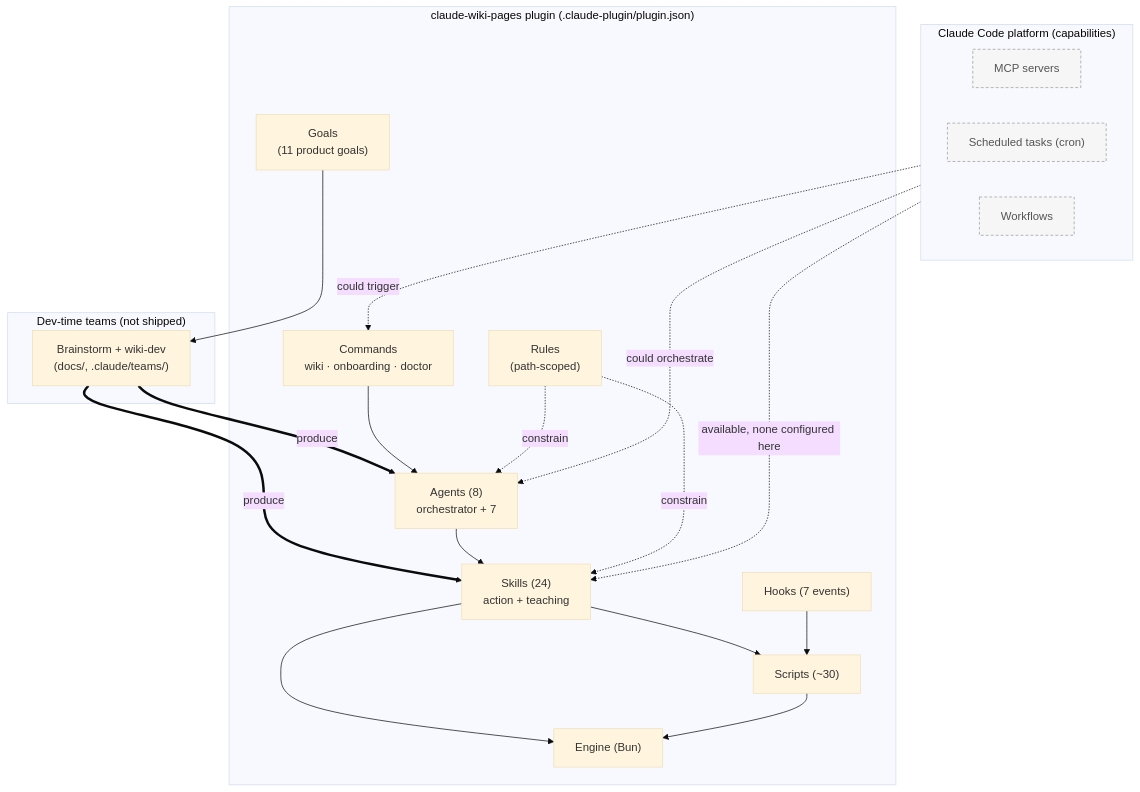
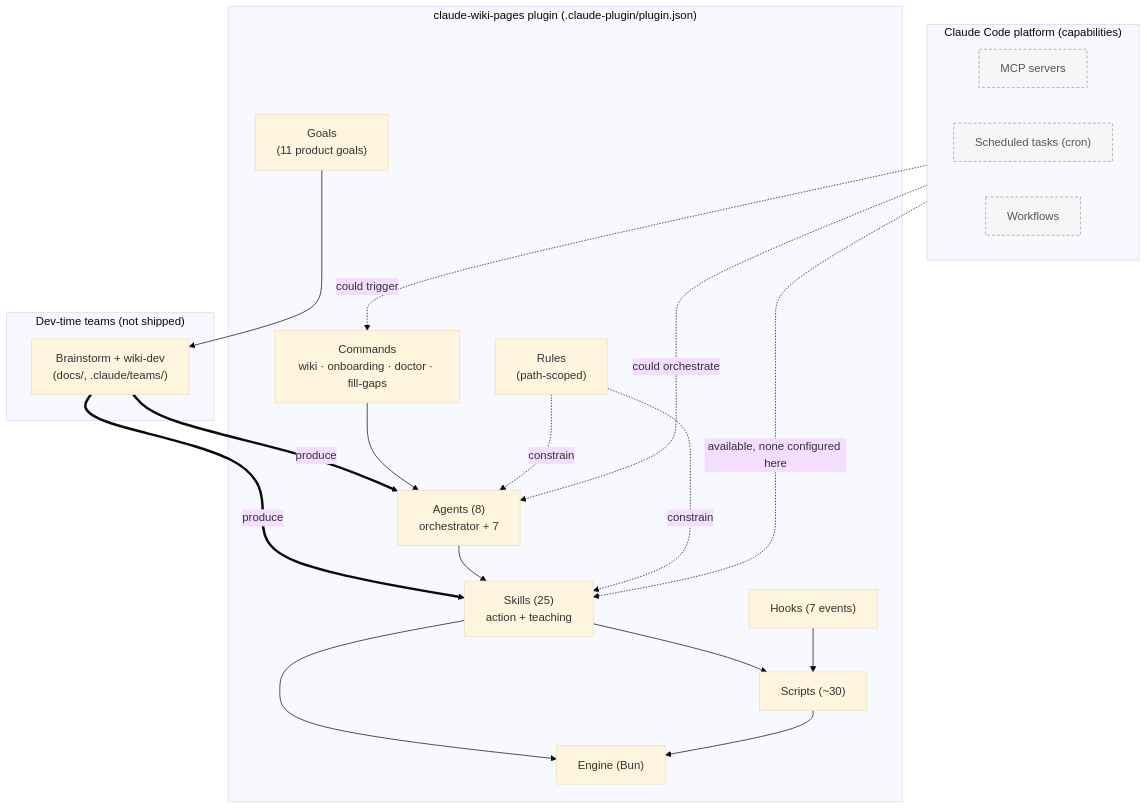
The diagram in docs/design/06-feature-relations.md (odere-pro/claude-wiki-pages-plugin), drawn with Mermaid (base theme) before and after one commit. The commit also changed other lines of this file and 6 other files, not shown here.

````diff
--- a/docs/design/06-feature-relations.md
+++ b/docs/design/06-feature-relations.md
@@ -11,43 +11,43 @@
 ```mermaid
 graph TB
     subgraph platform["Claude Code platform (capabilities)"]
         direction LR
         mcp["MCP servers"]
         cron["Scheduled tasks (cron)"]
         wf["Workflows"]
     end
 
     subgraph plugin["claude-wiki-pages plugin (.claude-plugin/plugin.json)"]
         goals["Goals<br/>(11 product goals)"]
-        cmds["Commands<br/>wiki · onboarding · doctor"]
+        cmds["Commands<br/>wiki · onboarding · doctor · fill-gaps"]
         agents["Agents (8)<br/>orchestrator + 7"]
-        skills["Skills (24)<br/>action + teaching"]
+        skills["Skills (25)<br/>action + teaching"]
         hooks["Hooks (7 events)"]
         scripts["Scripts (~30)"]
         rules["Rules<br/>(path-scoped)"]
         engine["Engine (Bun)"]
     end
 
     subgraph dev["Dev-time teams (not shipped)"]
         teams["Brainstorm + wiki-dev<br/>(docs/, .claude/teams/)"]
     end
 
     goals --> teams
     teams ==>|produce| agents
     teams ==>|produce| skills
     cmds --> agents
     agents --> skills
     skills --> engine
     skills --> scripts
     hooks --> scripts
     rules -. constrain .-> agents
     rules -. constrain .-> skills
     scripts --> engine
 
     cron -. could trigger .-> cmds
     wf -. could orchestrate .-> agents
     mcp -. available, none configured here .-> skills
 
     classDef avail stroke-dasharray: 4 3,fill:#f6f6f6,stroke:#999,color:#555;
     class mcp,cron,wf avail;
 ```
````
